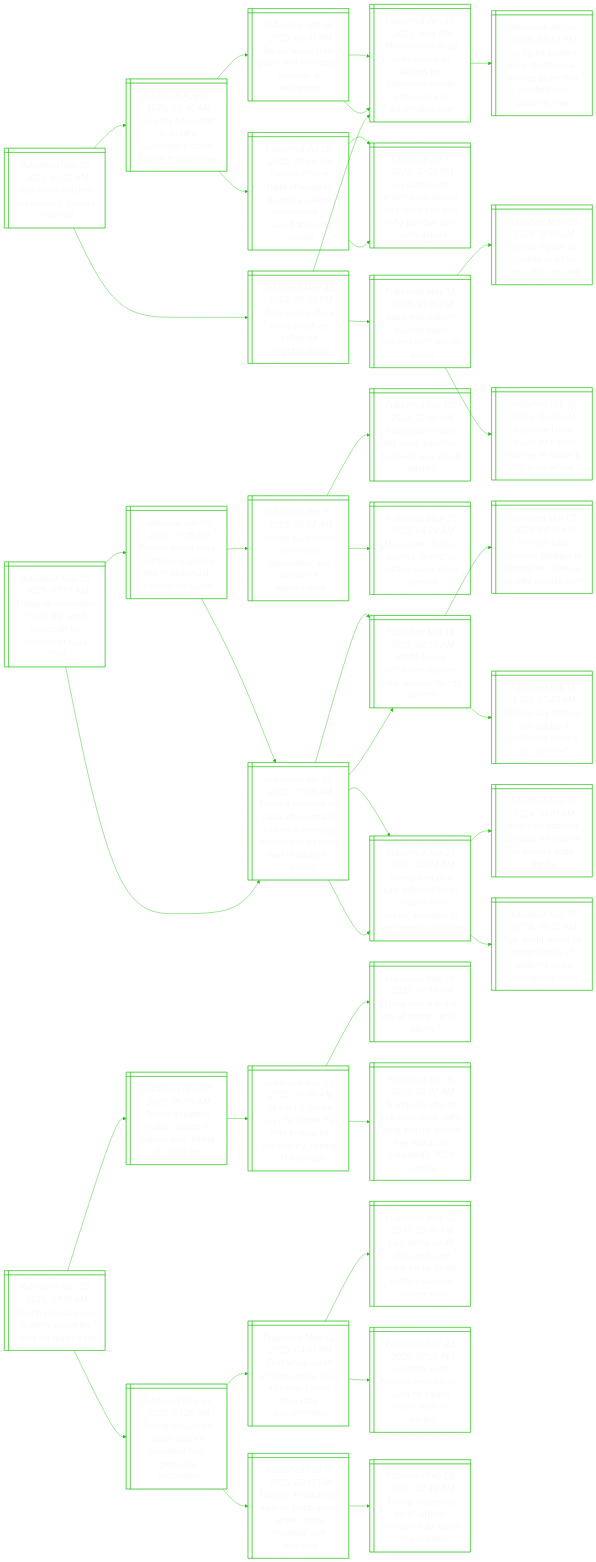
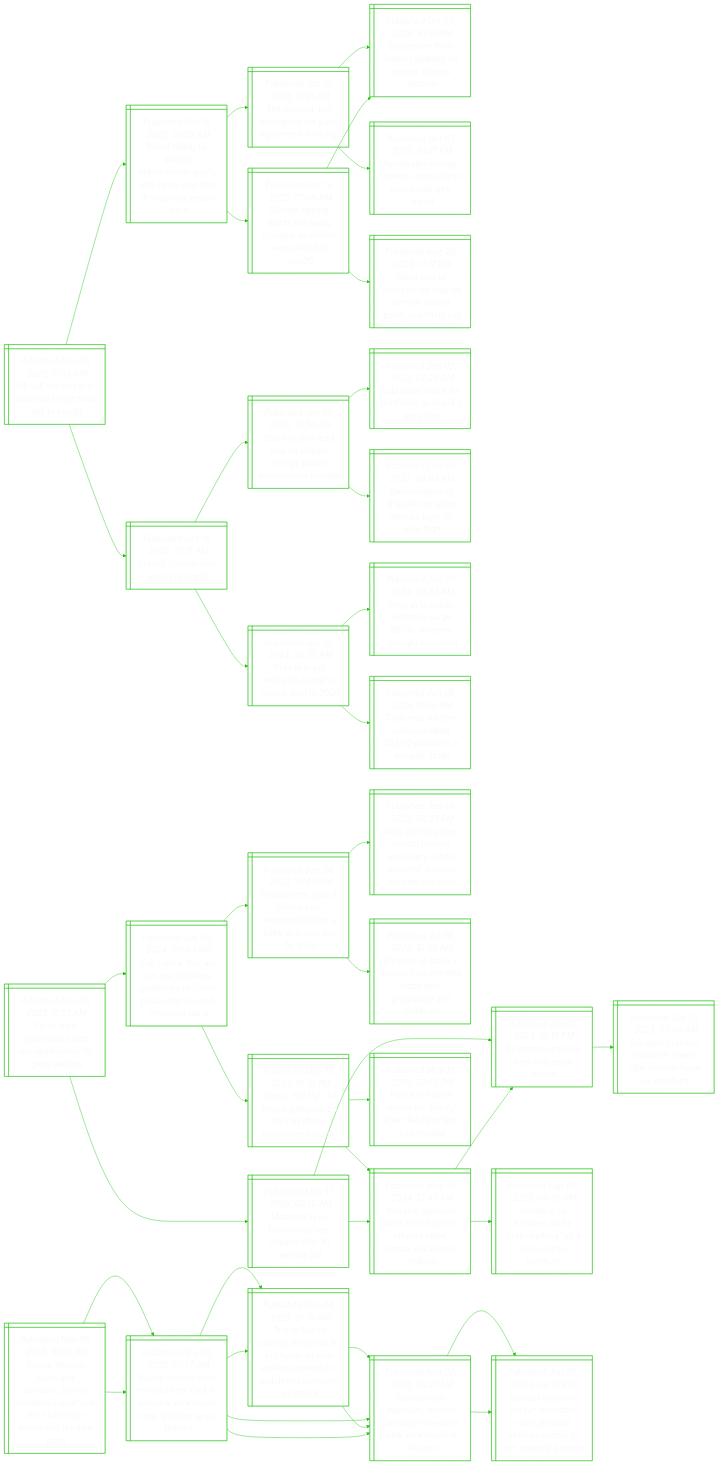
One commit to notJmes/notJmes changed the diagram in README.md. Above: the diagram before and after it, drawn with Mermaid. The commit also changed other lines of this file, not shown here.

````diff
--- a/README.md
+++ b/README.md
@@ -16,127 +16,127 @@
 flowchart LR
 classDef txtsize font-size:20px;
 
-Uaaitiipd@{ shape: win-pane, label: "_Published Nov 05, 2025, 07:32 AM_
-Ups plane crashes in kentucky, injuries reported" }
-Uycraagrahle@{ shape: win-pane, label: "_Published Aug 02, 2025, 09:40 AM_
-Us army helicopter in deadly washington crash had technical issues" }
-Nvspaltloag@{ shape: win-pane, label: "_Published Jan 30, 2025, 09:10 PM_
-No survivors from plane and helicopter collision in washington" }
-Medfmaljltlaathoe@{ shape: win-pane, label: "_Published Jan 30, 2025, 11:14 AM_
-Many feared dead after american airlines jet, helicopter collide and crash into washington river" }
-Medfmaljltlaathoe@{ shape: win-pane, label: "_Published Jan 30, 2025, 11:14 AM_
-Many feared dead after american airlines jet, helicopter collide and crash into washington river" }
-Tusgtnjanoevnrr@{ shape: win-pane, label: "_Published Jul 26, 2025, 07:49 AM_
-Two southwest flight attendants injured as plane manoeuvres to avoid another aircraft" }
-Uhiopneolhbeto@{ shape: win-pane, label: "_Published Jul 21, 2025, 10:00 PM_
-Us authorities probing passenger jet’s close call with b-52 bomber over north dakota" }
-Uhiopneolhbeto@{ shape: win-pane, label: "_Published Jul 21, 2025, 10:00 PM_
-Us authorities probing passenger jet’s close call with b-52 bomber over north dakota" }
-Tailrnfahh@{ shape: win-pane, label: "_Published May 22, 2025, 09:43 PM_
-Two dead in fiery plane crash on california neighbourhood" }
-Medfmaljltlaathoe@{ shape: win-pane, label: "_Published Jan 30, 2025, 11:14 AM_
-Many feared dead after american airlines jet, helicopter collide and crash into washington river" }
-Uuawniienthtoi@{ shape: win-pane, label: "_Published Jan 30, 2025, 04:44 PM_
-Us figure skaters were on american airlines plane that crashed into potomac river" }
-Jelynlrstb@{ shape: win-pane, label: "_Published May 14, 2025, 10:15 PM_
-Japanese military training plane crashes with two on board" }
-Fshesnintt@{ shape: win-pane, label: "_Published May 08, 2025, 12:01 AM_
-Finnish fighter jet crashes in arctic town, pilot ejected" }
-Acwatesnarr@{ shape: win-pane, label: "_Published Feb 15, 2025, 10:30 AM_
-Advanced new taiwan jet trainer crashes in setback for programme" }
+Ulniznsdo@{ shape: win-pane, label: "_Published Nov 05, 2025, 11:35 AM_
+Uk will not invest in brazilian forest fund key to cop30" }
+Wfnbdrtoirdsisoy@{ shape: win-pane, label: "_Published Oct 14, 2025, 08:05 AM_
+World falling far behind deforestation goals, with farms and fires driving loss, report says" }
+Ntnosager@{ shape: win-pane, label: "_Published Oct 13, 2025, 11:10 AM_
+Not nothing, not enough: is the paris agreement working?" }
+Smhotanrmor@{ shape: win-pane, label: "_Published Oct 09, 2025, 10:31 AM_
+September third-hottest globally on record: climate monitor" }
+Ranghsocne@{ shape: win-pane, label: "_Published Oct 07, 2025, 01:21 PM_
+Renewable energy growth slows due to policy changes: report" }
+Ctpoaiostwhf@{ shape: win-pane, label: "_Published Oct 13, 2025, 07:09 AM_
+Climate tipping points are being crossed, scientists warn ahead of cop30" }
+Rlfriyitnnet@{ shape: win-pane, label: "_Published Aug 20, 2025, 11:17 PM_
+Rapid loss of antarctic ice may be climate tipping point, scientists say" }
+Smhotanrmor@{ shape: win-pane, label: "_Published Oct 09, 2025, 10:31 AM_
+September third-hottest globally on record: climate monitor" }
+BlmieC@{ shape: win-pane, label: "_Published Oct 14, 2025, 10:15 AM_
+Brazil’s climate wins ahead of cop30" }
+Bladomhpyrni@{ shape: win-pane, label: "_Published Jan 05, 2023, 10:50 AM_
+Brazil to play lead role on climate change policy: environment minister" }
+Laffirrsi@{ shape: win-pane, label: "_Published Jan 02, 2023, 02:29 AM_
+Lula takes office for third term as brazil's president" }
+DeiBlmraor@{ shape: win-pane, label: "_Published Dec 01, 2022, 04:04 AM_
+Deforestation of brazilian amazon retreats from 15-year high" }
+Fiztsectn@{ shape: win-pane, label: "_Published Jun 12, 2024, 06:25 AM_
+Fires in brazil wetlands surge to record start in 2024" }
+Fiznauxegpd@{ shape: win-pane, label: "_Published Jun 07, 2024, 04:32 AM_
+Fires in brazilian wetlands surge 980%, extreme drought expected" }
+Cowilolonau@{ shape: win-pane, label: "_Published Jun 09, 2024, 11:35 AM_
+California wildfire pollution killed 52,000 people in a decade: study" }
 
-Uaaitiipd:::txtsize --> Uycraagrahle:::txtsize
-Uycraagrahle:::txtsize --> Nvspaltloag:::txtsize
-Nvspaltloag:::txtsize --> Medfmaljltlaathoe:::txtsize
-Nvspaltloag:::txtsize --> Medfmaljltlaathoe:::txtsize
-Uycraagrahle:::txtsize --> Tusgtnjanoevnrr:::txtsize
-Tusgtnjanoevnrr:::txtsize --> Uhiopneolhbeto:::txtsize
-Tusgtnjanoevnrr:::txtsize --> Uhiopneolhbeto:::txtsize
-Uaaitiipd:::txtsize --> Tailrnfahh:::txtsize
-Tailrnfahh:::txtsize --> Medfmaljltlaathoe:::txtsize
-Medfmaljltlaathoe:::txtsize --> Uuawniienthtoi:::txtsize
-Tailrnfahh:::txtsize --> Jelynlrstb:::txtsize
-Jelynlrstb:::txtsize --> Fshesnintt:::txtsize
-Jelynlrstb:::txtsize --> Acwatesnarr:::txtsize
+Ulniznsdo:::txtsize --> Wfnbdrtoirdsisoy:::txtsize
+Wfnbdrtoirdsisoy:::txtsize --> Ntnosager:::txtsize
+Ntnosager:::txtsize --> Smhotanrmor:::txtsize
+Ntnosager:::txtsize --> Ranghsocne:::txtsize
+Wfnbdrtoirdsisoy:::txtsize --> Ctpoaiostwhf:::txtsize
+Ctpoaiostwhf:::txtsize --> Rlfriyitnnet:::txtsize
+Ctpoaiostwhf:::txtsize --> Smhotanrmor:::txtsize
+Ulniznsdo:::txtsize --> BlmieC:::txtsize
+BlmieC:::txtsize --> Bladomhpyrni:::txtsize
+Bladomhpyrni:::txtsize --> Laffirrsi:::txtsize
+Bladomhpyrni:::txtsize --> DeiBlmraor:::txtsize
+BlmieC:::txtsize --> Fiztsectn:::txtsize
+Fiztsectn:::txtsize --> Fiznauxegpd:::txtsize
+Fiztsectn:::txtsize --> Cowilolonau:::txtsize
 
-TrisaasapiNh@{ shape: win-pane, label: "_Published Nov 05, 2025, 07:27 AM_
-Trump re-nominates musk ally jared isaacman for position of nasa chief" }
-FrpnegtoMahs@{ shape: win-pane, label: "_Published Jun 05, 2025, 07:15 AM_
-Former trump nasa nominee suggests ties to elon musk caused his ouster" }
-TpMlamilorct@{ shape: win-pane, label: "_Published Jun 01, 2025, 04:57 AM_
-Trump pulls musk ally’s nasa nomination, will announce replacement" }
-TpMlranaaec@{ shape: win-pane, label: "_Published Dec 05, 2024, 12:30 AM_
-Trump picks musk ally jared isaacman to head nasa space agency" }
-Mosrfdzbeal@{ shape: win-pane, label: "_Published May 31, 2025, 04:29 AM_
-Musk vows to stay trump’s ‘friend’ in bizarre black-eyed farewell" }
-Tsnraitsatcosaqon@{ shape: win-pane, label: "_Published Apr 27, 2025, 07:45 AM_
-Trump’s nominee for nasa administrator was once arrested, accused of passing bad cheques to casinos" }
-WHwraeidrio@{ shape: win-pane, label: "_Published Mar 14, 2025, 08:50 AM_
-White house withdraws vaccine critic weldon for cdc director" }
-TipuadsiouSeomni@{ shape: win-pane, label: "_Published Jan 31, 2025, 02:04 AM_
-Trump intel pick tulsi gabbard faces criticism over russia, snowden in confirmation hearing" }
-Tsnraitsatcosaqon@{ shape: win-pane, label: "_Published Apr 27, 2025, 07:45 AM_
-Trump’s nominee for nasa administrator was once arrested, accused of passing bad cheques to casinos" }
-WHwraeidrio@{ shape: win-pane, label: "_Published Mar 14, 2025, 08:50 AM_
-White house withdraws vaccine critic weldon for cdc director" }
-Tsnedonnaeeiv@{ shape: win-pane, label: "_Published Mar 05, 2025, 04:15 AM_
-Trump’s nato nominee pledges to strengthen alliance despite russian pivot" }
-CitilbcrsSh@{ shape: win-pane, label: "_Published Feb 13, 2025, 07:47 AM_
-Conspiracy theorist tulsi gabbard confirmed as new us spy chief" }
-TipuadsiouSeomni@{ shape: win-pane, label: "_Published Jan 31, 2025, 02:04 AM_
-Trump intel pick tulsi gabbard faces criticism over russia, snowden in confirmation hearing" }
-Hlbbeoessm@{ shape: win-pane, label: "_Published Nov 19, 2024, 10:01 AM_
-How tulsi gabbard became a favourite of russia’s state media" }
-SrxTcebanief@{ shape: win-pane, label: "_Published Nov 15, 2024, 06:55 AM_
-Spy world vexed by trump choice of gabbard as us intelligence chief" }
+FhuatcBolr@{ shape: win-pane, label: "_Published Nov 05, 2025, 11:25 AM_
+Fbi to help guatemala catch escaped barrio 18 gang leaders" }
+CeTrecGmemsastug@{ shape: win-pane, label: "_Published Jun 03, 2024, 08:40 AM_
+Call centre, tvs, air-con, pet chickens: guatemala reclaims prison that housed notorious gang" }
+Ruseznleepny@{ shape: win-pane, label: "_Published Sep 24, 2023, 10:40 AM_
+Restaurants, pool & even a zoo: venezuela offers a peek at prison run by gang" }
+Wtnooneahersoia@{ shape: win-pane, label: "_Published Sep 14, 2023, 04:35 PM_
+Work stint in prison school renews secondary school teachers’ passion for their vocation" }
+Bibnoieepanle@{ shape: win-pane, label: "_Published Jul 08, 2023, 10:00 AM_
+Bringing up baby in prison: how inmates cope with pregnancy and childcare" }
+WTyrgttnrsnu@{ shape: win-pane, label: "_Published May 15, 2024, 10:13 PM_
+Who is 'the fly', the french gangster on the run after a prison van assault?" }
+Mvhfrpnciiepah@{ shape: win-pane, label: "_Published May 15, 2024, 12:45 AM_
+Massive manhunt after french prison officers killed, inmate escapes in ambush" }
+Peaefefepns@{ shape: win-pane, label: "_Published May 15, 2024, 07:52 PM_
+Police in france search for 'the fly' after deadly prison van escape" }
+MnSibrsrpl@{ shape: win-pane, label: "_Published May 17, 2025, 09:12 AM_
+Manhunt in us tourist hub new orleans after 10 escape jail" }
+ieaooao@{ shape: win-pane, label: "_Published Jan 07, 2024, 10:10 PM_
+53 inmates escape from indonesia prison" }
+Eeznetroten@{ shape: win-pane, label: "_Published Sep 13, 2023, 05:48 AM_
+Escaped brazilian murderer steals rifle, outwits huge us manhunt" }
+Mvhfrpnciiepah@{ shape: win-pane, label: "_Published May 15, 2024, 12:45 AM_
+Massive manhunt after french prison officers killed, inmate escapes in ambush" }
+ieaooao@{ shape: win-pane, label: "_Published Jan 07, 2024, 10:10 PM_
+53 inmates escape from indonesia prison" }
+Ieeelakplkh@{ shape: win-pane, label: "_Published Sep 08, 2023, 09:50 AM_
+Inmate in us escapes jail by ‘crab-walking’ up a wall, sparks manhunt" }
 
-TrisaasapiNh:::txtsize --> FrpnegtoMahs:::txtsize
-FrpnegtoMahs:::txtsize --> TpMlamilorct:::txtsize
-TpMlamilorct:::txtsize --> TpMlranaaec:::txtsize
-TpMlamilorct:::txtsize --> Mosrfdzbeal:::txtsize
-FrpnegtoMahs:::txtsize --> Tsnraitsatcosaqon:::txtsize
-Tsnraitsatcosaqon:::txtsize --> WHwraeidrio:::txtsize
-Tsnraitsatcosaqon:::txtsize --> TipuadsiouSeomni:::txtsize
-TrisaasapiNh:::txtsize --> Tsnraitsatcosaqon:::txtsize
-Tsnraitsatcosaqon:::txtsize --> WHwraeidrio:::txtsize
-WHwraeidrio:::txtsize --> Tsnedonnaeeiv:::txtsize
-WHwraeidrio:::txtsize --> CitilbcrsSh:::txtsize
-Tsnraitsatcosaqon:::txtsize --> TipuadsiouSeomni:::txtsize
-TipuadsiouSeomni:::txtsize --> Hlbbeoessm:::txtsize
-TipuadsiouSeomni:::txtsize --> SrxTcebanief:::txtsize
+FhuatcBolr:::txtsize --> CeTrecGmemsastug:::txtsize
+CeTrecGmemsastug:::txtsize --> Ruseznleepny:::txtsize
+Ruseznleepny:::txtsize --> Wtnooneahersoia:::txtsize
+Ruseznleepny:::txtsize --> Bibnoieepanle:::txtsize
+CeTrecGmemsastug:::txtsize --> WTyrgttnrsnu:::txtsize
+WTyrgttnrsnu:::txtsize --> Mvhfrpnciiepah:::txtsize
+WTyrgttnrsnu:::txtsize --> Peaefefepns:::txtsize
+FhuatcBolr:::txtsize --> MnSibrsrpl:::txtsize
+MnSibrsrpl:::txtsize --> ieaooao:::txtsize
+ieaooao:::txtsize --> Eeznetroten:::txtsize
+MnSibrsrpl:::txtsize --> Mvhfrpnciiepah:::txtsize
+Mvhfrpnciiepah:::txtsize --> ieaooao:::txtsize
+Mvhfrpnciiepah:::txtsize --> Ieeelakplkh:::txtsize
 
-Tststoissb@{ shape: win-pane, label: "_Published Nov 05, 2025, 07:19 AM_
-Trump’s military use in other countries tests his maga base" }
-TttiriNiriCt@{ shape: win-pane, label: "_Published Nov 02, 2025, 05:56 AM_
-Trump threatens military action in nigeria over ‘killing of christians’" }
-UDehewmeinegas@{ shape: win-pane, label: "_Published Nov 01, 2025, 09:00 AM_
-Us v-p j.d. vance says he hopes his wife embraces christianity, setting off backlash" }
-UanyrAcm@{ shape: win-pane, label: "_Published Mar 28, 2025, 01:30 PM_
-Usha vance in the eye of trump’s arctic storm" }
-TahesegnipdoUstt@{ shape: win-pane, label: "_Published Sep 11, 2025, 03:07 AM_
-Trump ally charlie kirk shot dead; right-wing activist played key role in us president’s 2024 victory" }
-Tahurpdvnesn@{ shape: win-pane, label: "_Published May 22, 2025, 01:26 AM_
-Trump ambushes south africa’s president over ‘genocide’ accusation" }
-FwSAarnTcsfimi@{ shape: win-pane, label: "_Published May 13, 2025, 04:01 AM_
-First white south africans arrive in us as trump claims they face discrimination" }
-FwSAaaarduivul@{ shape: win-pane, label: "_Published May 12, 2025, 05:01 AM_
-First white south africans board plane for us under trump’s divisive refugee plan" }
-Eluretashirt@{ shape: win-pane, label: "_Published Mar 23, 2025, 07:00 PM_
-Expelled south african envoy to us says he’s back home ‘with no regrets’" }
-Tssniofswplec@{ shape: win-pane, label: "_Published Feb 11, 2025, 08:13 PM_
-Trump’s accusations against south africa spark ‘white privilege’ self-mockery" }
-TfeSAaictfas@{ shape: win-pane, label: "_Published Feb 09, 2025, 02:40 AM_
-Trump freezes all south african assistance as stand-off escalates" }
+YMmnoihaiYilemhny@{ shape: win-pane, label: "_Published Nov 05, 2025, 10:55 AM_
+Young, muslim, asian and socialist: zohran mamdani’s new york win challenges trump and his own party" }
+YMmimociYaoauoc@{ shape: win-pane, label: "_Published Nov 05, 2025, 01:27 AM_
+Young muslim leftist mamdani on track to win new york mayor vote, shaking up us politics" }
+TbCttousoscolsdsr@{ shape: win-pane, label: "_Published Nov 04, 2025, 07:15 AM_
+Trump backs cuomo, threatens to cut funds as new yorkers expected to pick leftist mamdani as mayor" }
+OcMniagaekren@{ shape: win-pane, label: "_Published Nov 02, 2025, 06:21 AM_
+Obama calls mamdani, praises campaign ahead of new york mayoral election" }
+OcMniagaekren@{ shape: win-pane, label: "_Published Nov 02, 2025, 06:21 AM_
+Obama calls mamdani, praises campaign ahead of new york mayoral election" }
+UritadtoctCimam@{ shape: win-pane, label: "_Published Jun 25, 2025, 04:10 PM_
+Upstart socialist zohran mamdani stuns political veteran cuomo in nyc mayoral primary" }
+YMmimociYaoauoc@{ shape: win-pane, label: "_Published Nov 05, 2025, 01:27 AM_
+Young muslim leftist mamdani on track to win new york mayor vote, shaking up us politics" }
+TbCttousoscolsdsr@{ shape: win-pane, label: "_Published Nov 04, 2025, 07:15 AM_
+Trump backs cuomo, threatens to cut funds as new yorkers expected to pick leftist mamdani as mayor" }
+OcMniagaekren@{ shape: win-pane, label: "_Published Nov 02, 2025, 06:21 AM_
+Obama calls mamdani, praises campaign ahead of new york mayoral election" }
+OcMniagaekren@{ shape: win-pane, label: "_Published Nov 02, 2025, 06:21 AM_
+Obama calls mamdani, praises campaign ahead of new york mayoral election" }
+UritadtoctCimam@{ shape: win-pane, label: "_Published Jun 25, 2025, 04:10 PM_
+Upstart socialist zohran mamdani stuns political veteran cuomo in nyc mayoral primary" }
 
-Tststoissb:::txtsize --> TttiriNiriCt:::txtsize
-TttiriNiriCt:::txtsize --> UDehewmeinegas:::txtsize
-UDehewmeinegas:::txtsize --> UanyrAcm:::txtsize
-UDehewmeinegas:::txtsize --> TahesegnipdoUstt:::txtsize
-Tststoissb:::txtsize --> Tahurpdvnesn:::txtsize
-Tahurpdvnesn:::txtsize --> FwSAarnTcsfimi:::txtsize
-FwSAarnTcsfimi:::txtsize --> FwSAaaarduivul:::txtsize
-FwSAarnTcsfimi:::txtsize --> Eluretashirt:::txtsize
-Tahurpdvnesn:::txtsize --> Tssniofswplec:::txtsize
-Tssniofswplec:::txtsize --> TfeSAaictfas:::txtsize
+YMmnoihaiYilemhny:::txtsize --> YMmimociYaoauoc:::txtsize
+YMmimociYaoauoc:::txtsize --> TbCttousoscolsdsr:::txtsize
+TbCttousoscolsdsr:::txtsize --> OcMniagaekren:::txtsize
+YMmimociYaoauoc:::txtsize --> OcMniagaekren:::txtsize
+OcMniagaekren:::txtsize --> UritadtoctCimam:::txtsize
+YMmnoihaiYilemhny:::txtsize --> YMmimociYaoauoc:::txtsize
+YMmimociYaoauoc:::txtsize --> TbCttousoscolsdsr:::txtsize
+TbCttousoscolsdsr:::txtsize --> OcMniagaekren:::txtsize
+YMmimociYaoauoc:::txtsize --> OcMniagaekren:::txtsize
+OcMniagaekren:::txtsize --> UritadtoctCimam:::txtsize
 
 ```
````
